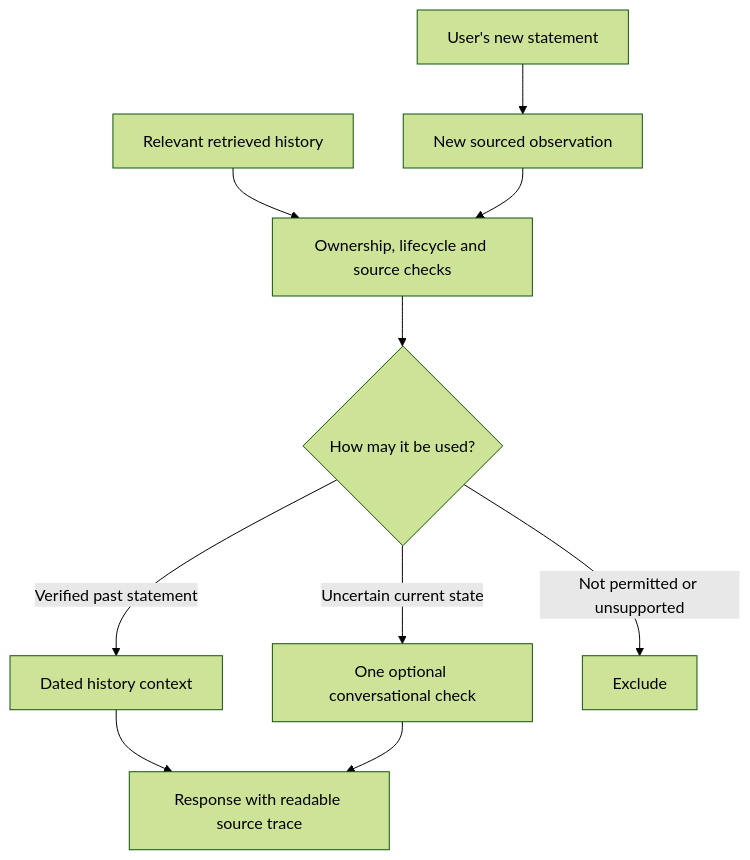
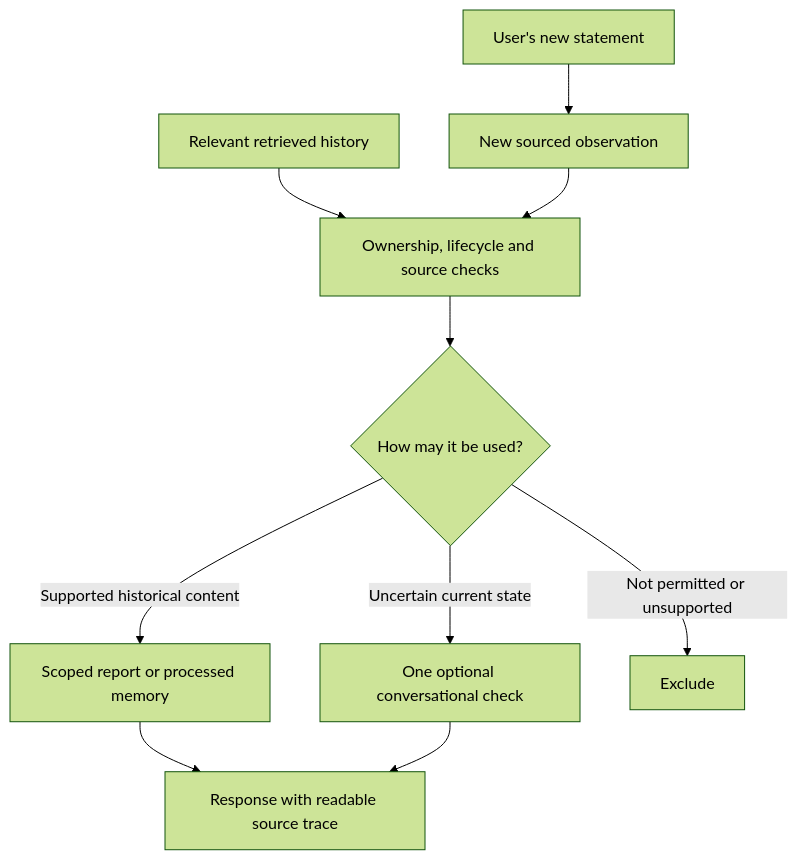
The sixth of 9 diagrams in docs/architecture.md (nanlalala/cbt-memory-system), drawn with Mermaid (forest theme) before and after one commit. The commit also changed other lines of this file and 4 other files, not shown here.

Commit message:
Document sourced memory readout and preserve historical evaluation

````diff
--- a/docs/architecture.md
+++ b/docs/architecture.md
@@ -136,12 +147,12 @@
 ```mermaid
 flowchart TD
     R["Relevant retrieved history"] --> P["Ownership, lifecycle and source checks"]
     P --> D{"How may it be used?"}
-    D -->|"Verified past statement"| H["Dated history context"]
+    D -->|"Supported historical content"| H["Scoped report or processed memory"]
     D -->|"Uncertain current state"| Q["One optional conversational check"]
     D -->|"Not permitted or unsupported"| X["Exclude"]
     H --> A["Response with readable source trace"]
     Q --> A
     U["User's new statement"] --> W["New sourced observation"]
     W --> P
 ```
````
